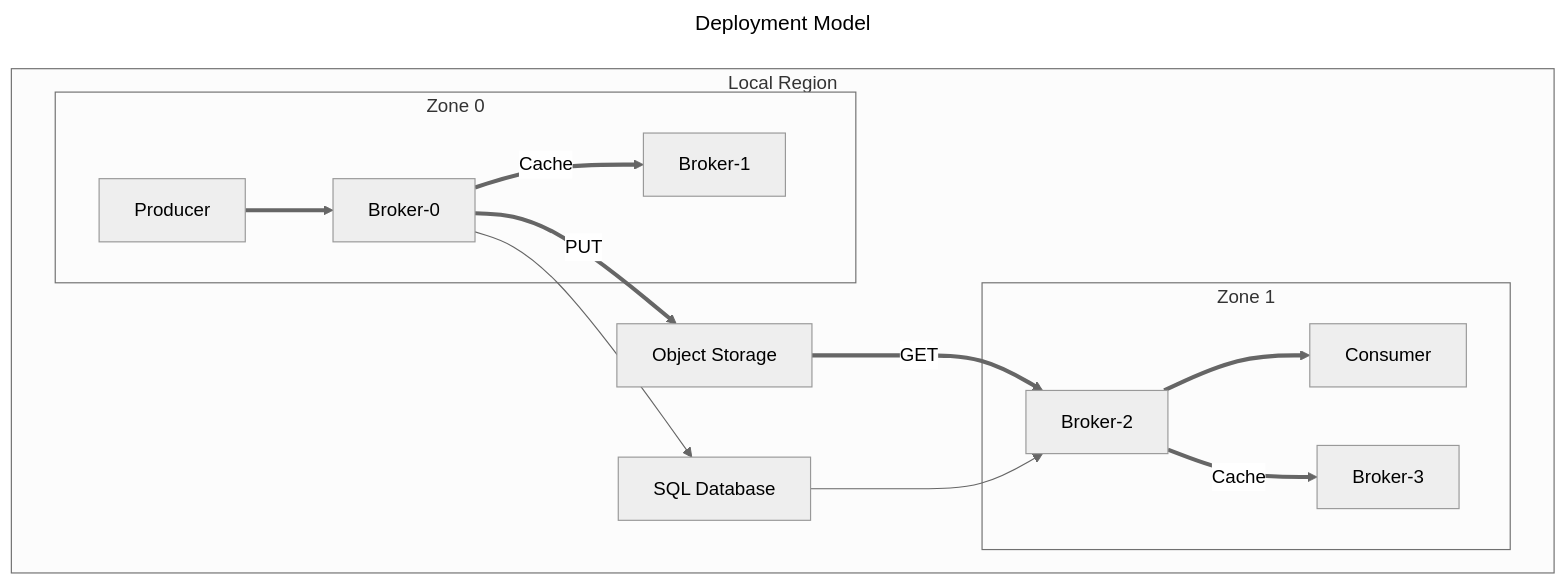
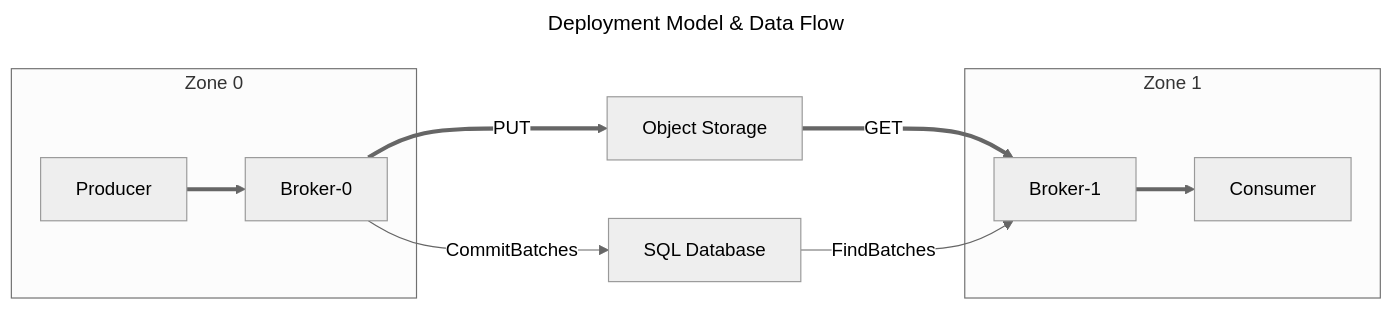
Before and after one commit to rlaidet/inkless: the second of 5 diagrams in docs/inkless/ARCHITECTURE.md, drawn with Mermaid (neutral theme). The commit also changed other lines of this file and 2 other files, not shown here.

Commit message:
INK-141: Add FEATURES, and cache architecture (#192)

````diff
--- a/docs/inkless/ARCHITECTURE.md
+++ b/docs/inkless/ARCHITECTURE.md
@@ -45,28 +45,22 @@
 ```mermaid
 ---
-title: Deployment Model
+title: Deployment Model & Data Flow
 ---
 flowchart LR
-    subgraph Region[Local Region]
-        direction LR
-        subgraph AZ0[Zone 0]
-            Producer[Producer]
-            Broker00[Broker-0]
-            Broker01[Broker-1]
-        end
-        subgraph AZ1[Zone 1]
-            Consumer[Consumer]
-            Broker10[Broker-2]
-            Broker11[Broker-3]
-        end
-        ObjectStorage[Object Storage]
-        BatchIndex[SQL Database]
+    subgraph AZ0[Zone 0]
+        Producer[Producer]
+        Broker00[Broker-0]
     end
+    subgraph AZ1[Zone 1]
+        Consumer[Consumer]
+        Broker10[Broker-1]
+    end
+    ObjectStorage[Object Storage]
+    BatchIndex[SQL Database]
+    
     Producer ==> Broker00 == PUT ==> ObjectStorage
-    Broker00 --> BatchIndex
-    Broker00 == Cache ==> Broker01
+    Broker00 -- CommitBatches --> BatchIndex
     
     ObjectStorage == GET ==> Broker10 ==> Consumer
-    BatchIndex --> Broker10
-    Broker10 == Cache ==> Broker11
+    BatchIndex -- FindBatches --> Broker10
 ```
````
